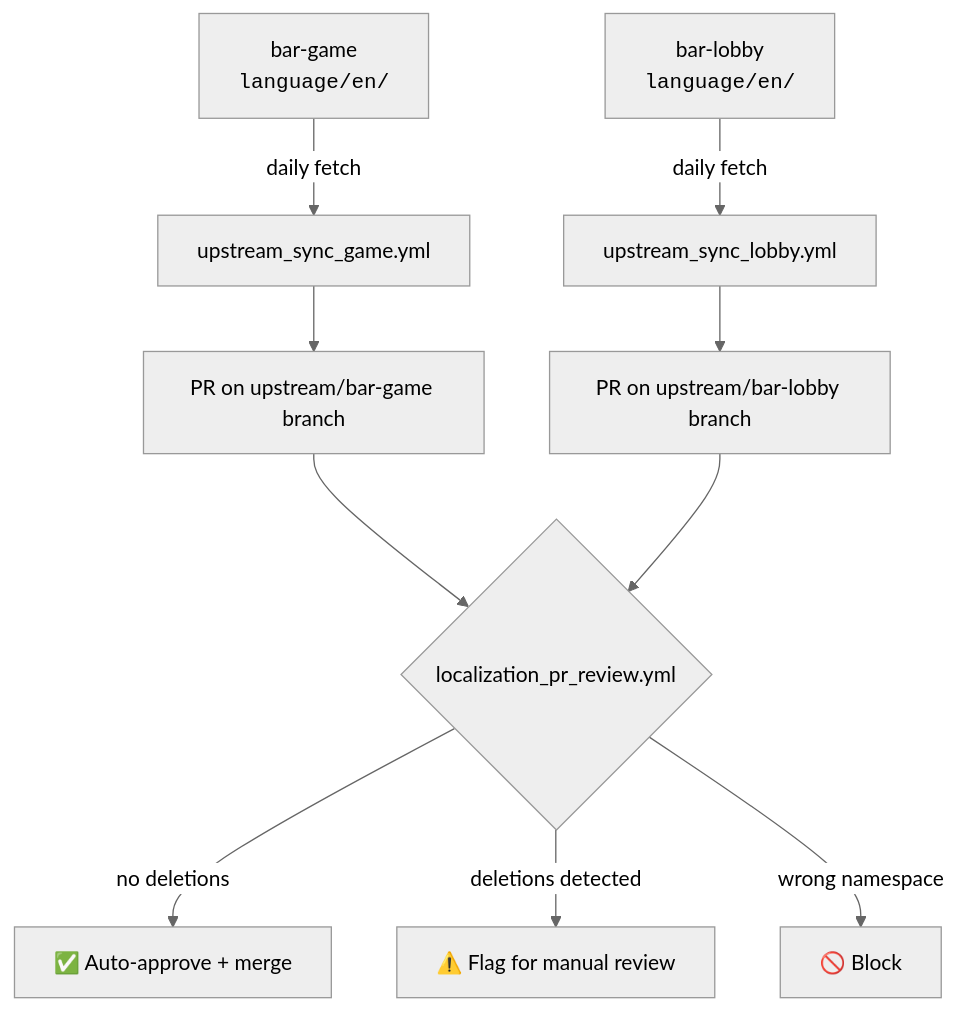
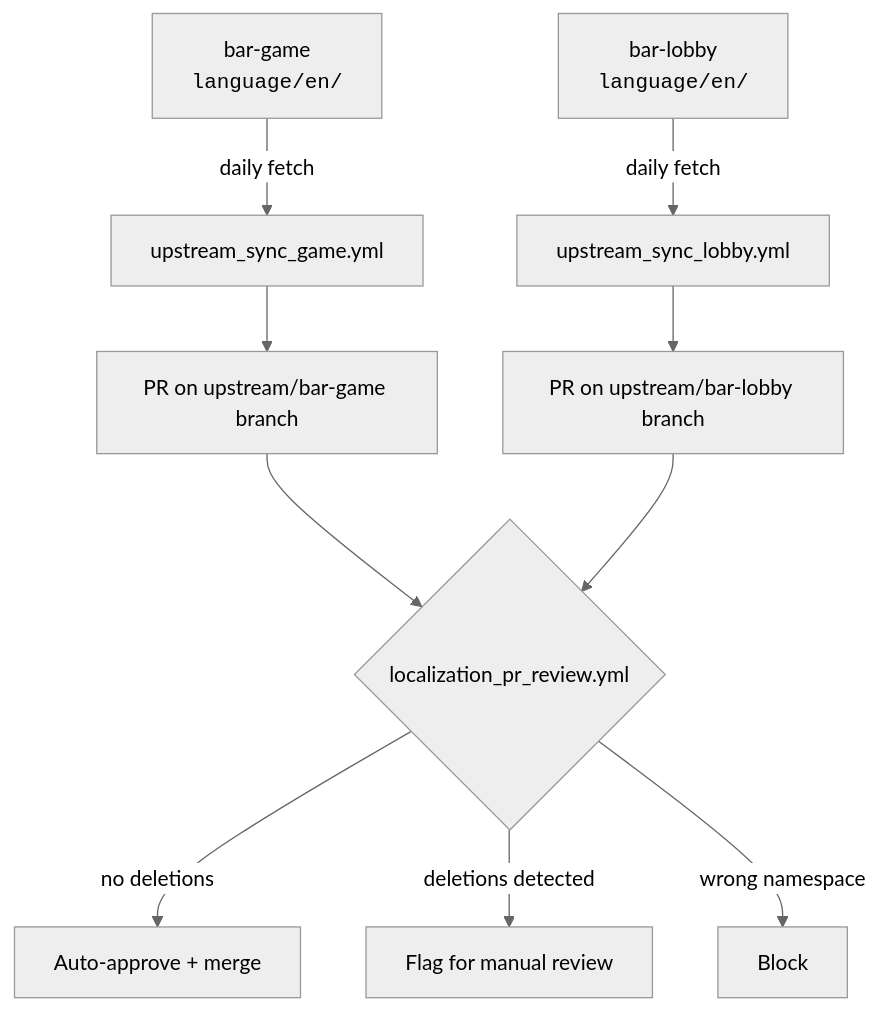
The diagram in docs/upstream-sync.md (burnhamrobertp/bar-localizations), drawn with Mermaid (neutral theme) before and after one commit. The commit also changed 4 other files, not shown here.

````diff
--- a/docs/upstream-sync.md
+++ b/docs/upstream-sync.md
@@ -5,12 +5,12 @@
 ```mermaid
 flowchart TD
     A["bar-game<br/><code>language/en/</code>"] -->|daily fetch| B["upstream_sync_game.yml"]
     C["bar-lobby<br/><code>language/en/</code>"] -->|daily fetch| D["upstream_sync_lobby.yml"]
     B --> E["PR on upstream/bar-game branch"]
     D --> F["PR on upstream/bar-lobby branch"]
     E --> G{"localization_pr_review.yml"}
     F --> G
-    G -->|no deletions| H["✅ Auto-approve + merge"]
-    G -->|deletions detected| I["⚠️ Flag for manual review"]
-    G -->|wrong namespace| J["🚫 Block"]
+    G -->|no deletions| H["Auto-approve + merge"]
+    G -->|deletions detected| I["Flag for manual review"]
+    G -->|wrong namespace| J["Block"]
 ```
````
